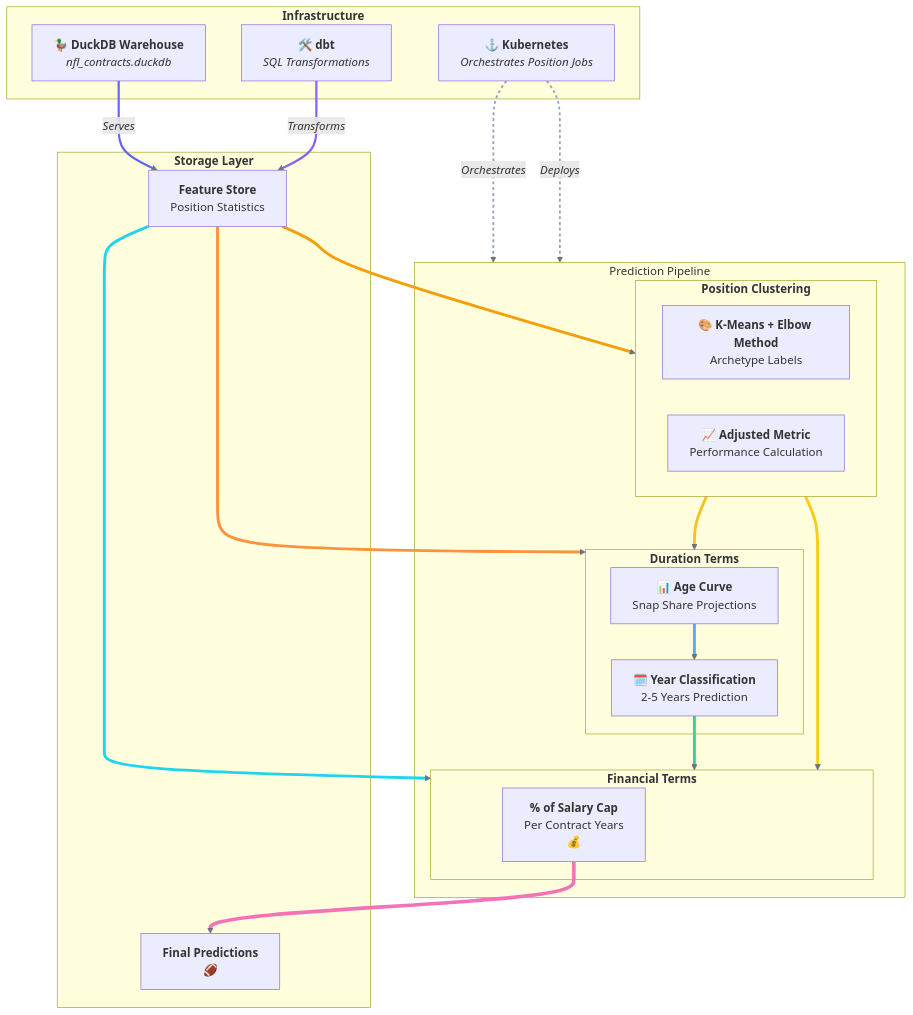
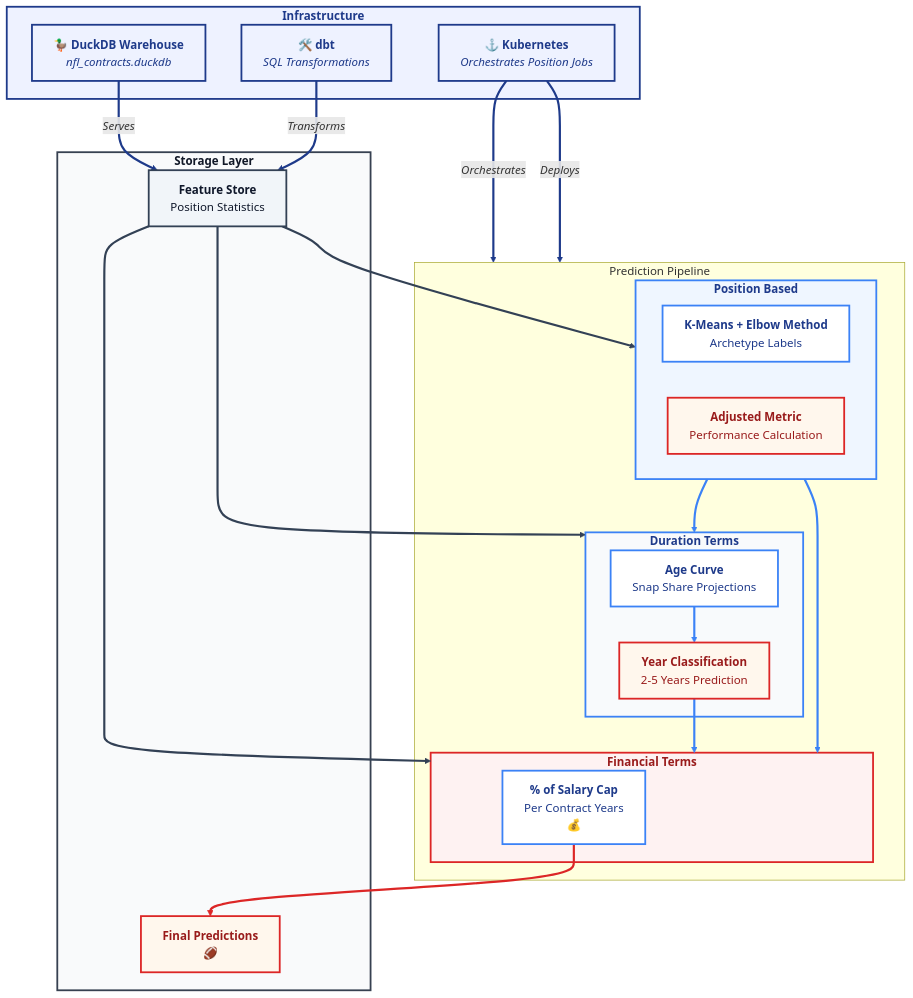
Before and after one commit to dec1costello/NFL-Market-Value-Analysis: the diagram in README.md, drawn with Mermaid.

Commit message:
Update architecture diagram styling and labels

````diff
--- a/README.md
+++ b/README.md
@@ -38,66 +38,55 @@
 ```mermaid
+
+
 graph TB
-    %% === VIBRANT STYLING ===
-    classDef infrastructure fill:#e0e7ff,stroke:#6366f1,stroke-width:2px,stroke-dasharray:3 3,color:#4338ca
-    classDef storage fill:#fef3c7,stroke:#f59e0b,stroke-width:3px,stroke-dasharray:5 5,color:#92400e,color:#92400e
-    classDef stage1 fill:#fef9c3,stroke:#fbbf24,stroke-width:3px,color:#92400e
-    classDef stage2 fill:#dbeafe,stroke:#60a5fa,stroke-width:3px,color:#1e40af
-    classDef stage3 fill:#dcfce7,stroke:#34d399,stroke-width:3px,color:#065f46
-    classDef features fill:#fed7aa,stroke:#fb923c,stroke-width:3px,color:#c2410c
-    classDef model fill:#cffafe,stroke:#22d3ee,stroke-width:3px,color:#0e7490
-    classDef output fill:#fef3c7,stroke:#facc15,stroke-width:3px,color:#854d0e
-    
-    %% === ROUNDED NODE STYLES ===
-    classDef rounded radius:12px
-    classDef rounded-lg radius:18px
-    classDef rounded-xl radius:24px
-    
-    %% === FONT STYLES ===
+    %% === PROFESSIONAL RED WHITE BLUE THEME ===
+    classDef infrastructure fill:#eef2ff,stroke:#1e3a8a,stroke-width:2.5px,color:#1e3a8a
+    classDef storage fill:#f9fafb,stroke:#374151,stroke-width:2.5px,color:#111827
+    classDef stage1 fill:#eff6ff,stroke:#3b82f6,stroke-width:2.5px,color:#1e3a8a
+    classDef stage2 fill:#f8fafc,stroke:#3b82f6,stroke-width:2.5px,color:#1e3a8a
+    classDef stage3 fill:#fef2f2,stroke:#dc2626,stroke-width:2.5px,color:#991b1b
+    classDef features fill:#f1f5f9,stroke:#334155,stroke-width:2.5px,color:#0f172a
+    classDef model fill:#ffffff,stroke:#3b82f6,stroke-width:2.5px,color:#1e3a8a
+    classDef output fill:#fff7ed,stroke:#dc2626,stroke-width:2.5px,color:#991b1b
+
     classDef bold font-weight:bold
-    classDef semibold font-weight:600
-    classDef italic font-style:italic
 
-    %% === INFRASTRUCTURE LAYERS ===
+    %% === INFRASTRUCTURE ===
     subgraph INFRA ["<b>Infrastructure</b>"]
         DUCKDB["<b>🦆 DuckDB Warehouse</b><br/><i>nfl_contracts.duckdb</i>"]
         K8S["<b>⚓ Kubernetes</b><br/><i>Orchestrates Position Jobs</i>"]
         DBT["<b>🛠️ dbt</b><br/><i>SQL Transformations</i>"]
     end
 
-    %% === DATA FLOW ===
+    %% === PIPELINE ===
     subgraph DATA_FLOW ["Prediction Pipeline</b>"]
-        %% === STAGE 1: ARCHETYPE DISCOVERY ===
-        subgraph STAGE_1 ["<b>Position Clustering</b>"]
-            CLUSTERING["<b>🎨 K-Means + Elbow Method</b><br/>Archetype Labels"]
-            adjusted_metric["<b>📈 Adjusted Metric</b><br/>Performance Calculation"]
+        subgraph STAGE_1 ["<b>Position Based</b>"]
+            CLUSTERING["<b>K-Means + Elbow Method</b><br/>Archetype Labels"]
+            adjusted_metric["<b>Adjusted Metric</b><br/>Performance Calculation"]
         end
 
-        %% === STAGE 2: YEAR PREDICTION ===
         subgraph STAGE_2 ["<b>Duration Terms</b>"]
-            YEAR_MODELS["<b>📊 Age Curve</b><br/>Snap Share Projections"]
-            YEAR_PREDS["<b>🗓️ Year Classification</b><br/>2-5 Years Prediction"]
+            YEAR_MODELS["<b>Age Curve</b><br/>Snap Share Projections"]
+            YEAR_PREDS["<b>Year Classification</b><br/>2-5 Years Prediction"]
         end
 
-        %% === STAGE 3: FINANCIAL PREDICTION ===
         subgraph STAGE_3 ["<b>Financial Terms</b>"]
             FINANCIAL_MODELS["<b>% of Salary Cap</b><br/>Per Contract Years<br/>💰"]
         end
     end
 
-    %% === STORAGE LAYER ===
+    %% === STORAGE ===
     subgraph STORAGE ["<b>Storage Layer</b>"]
         FEATURES["<b>Feature Store</b><br/>Position Statistics"]
         RESULTS["<b>Final Predictions</b><br/>🏈 "]
     end
 
     %% === CONNECTIONS ===
-    %% Infrastructure → Data Flow
-    DUCKDB -->|"<i>Serves</i>"| FEATURES
+     DUCKDB -->|"<i>Serves</i>"| FEATURES
     DBT -->|"<i>Transforms</i>"| FEATURES
     K8S -->|"<i>Orchestrates</i>"| DATA_FLOW
     K8S -->|"<i>Deploys</i>"| DATA_FLOW
 
-    %% Data Pipeline Flow
     FEATURES --> STAGE_1
     STAGE_1 --> STAGE_2
     FEATURES --> STAGE_2
@@ -109,28 +98,32 @@
     FINANCIAL_MODELS --> RESULTS
 
     %% === APPLY STYLES ===
-    class INFRA,DUCKDB,K8S,DBT infrastructure,rounded-lg,shadow
-    class STORAGE,FEATURES,RESULTS storage,rounded-lg,shadow
-    class DATA_FLOW rounded-xl,shadow
-    class STAGE_1 stage1,rounded,shadow
-    class STAGE_2 stage2,rounded,shadow
-    class STAGE_3 stage3,rounded,shadow
-    class FEATURES features,rounded,shadow
-    class CLUSTERING,YEAR_MODELS,FINANCIAL_MODELS model,rounded,shadow
-    class adjusted_metric,YEAR_PREDS,RESULTS output,rounded,shadow
-    class STAGE_1,STAGE_2,STAGE_3 bold,shadow
-    
-    %% === COLORFUL LINK STYLING ===
-    linkStyle default stroke:#6b7280,stroke-width:3px
-    linkStyle 0 stroke:#6366f1,stroke-width:3px
-    linkStyle 1 stroke:#8b5cf6,stroke-width:3px
-    linkStyle 2,3 stroke:#94a3b8,stroke-width:2.5px,stroke-dasharray:4 4
-    linkStyle 4 stroke:#f59e0b,stroke-width:4px
-    linkStyle 5 stroke:#fbbf24,stroke-width:4px
-    linkStyle 6 stroke:#fb923c,stroke-width:4px
-    linkStyle 7 stroke:#60a5fa,stroke-width:4px
-    linkStyle 8 stroke:#34d399,stroke-width:4px
-    linkStyle 9 stroke:#facc15,stroke-width:4px
-    linkStyle 10 stroke:#22d3ee,stroke-width:4px
-    linkStyle 11 stroke:#f472b6,stroke-width:5px
+    class INFRA,DUCKDB,K8S,DBT infrastructure
+    class STORAGE,FEATURES,RESULTS storage
+    class STAGE_1 stage1
+    class STAGE_2 stage2
+    class STAGE_3 stage3
+    class FEATURES features
+    class CLUSTERING,YEAR_MODELS,FINANCIAL_MODELS model
+    class adjusted_metric,YEAR_PREDS,RESULTS output
+    class STAGE_1,STAGE_2,STAGE_3 bold
+
+    %% === LINK COLORS MATCH SOURCE NODES ===
+    linkStyle 0 stroke:#1e3a8a,stroke-width:3px
+    linkStyle 1 stroke:#1e3a8a,stroke-width:3px
+    linkStyle 2 stroke:#1e3a8a,stroke-width:3px
+    linkStyle 3 stroke:#1e3a8a,stroke-width:3px
+
+    linkStyle 4 stroke:#334155,stroke-width:3px
+    linkStyle 5 stroke:#3b82f6,stroke-width:3px
+    linkStyle 6 stroke:#334155,stroke-width:3px
+
+    linkStyle 7 stroke:#3b82f6,stroke-width:3px
+    linkStyle 8 stroke:#3b82f6,stroke-width:3px
+    linkStyle 9 stroke:#3b82f6,stroke-width:3px
+    linkStyle 10 stroke:#334155,stroke-width:3px
+    linkStyle 11 stroke:#dc2626,stroke-width:3px
+
+
+
 ```
````
